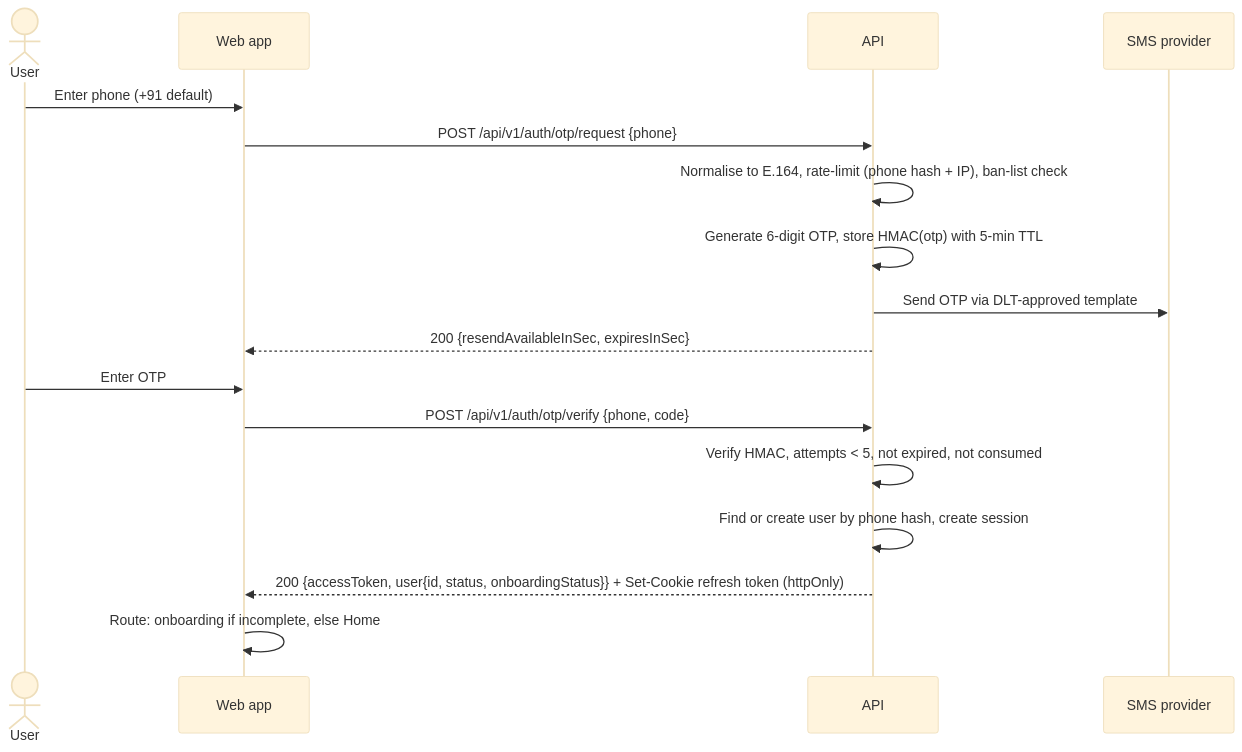
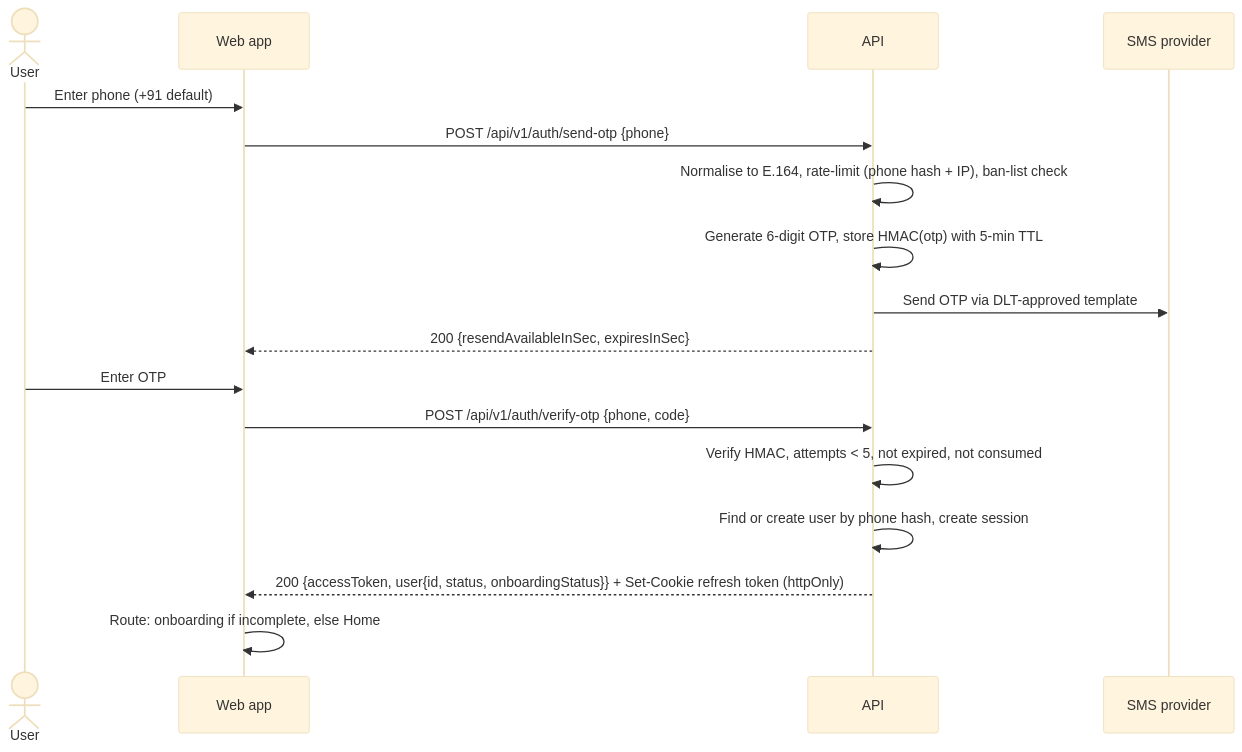
Before and after one commit to raviraja03/garba-partner: the second of 5 diagrams in docs/product/user-flows.md, drawn with Mermaid (base theme). The commit also changed other lines of this file and 110 other files, not shown here.

````diff
--- a/docs/product/user-flows.md
+++ b/docs/product/user-flows.md
@@ -56,19 +56,19 @@
 ```mermaid
 sequenceDiagram
     actor U as User
     participant W as Web app
     participant A as API
     participant S as SMS provider
     U->>W: Enter phone (+91 default)
-    W->>A: POST /api/v1/auth/otp/request {phone}
+    W->>A: POST /api/v1/auth/send-otp {phone}
     A->>A: Normalise to E.164, rate-limit (phone hash + IP), ban-list check
     A->>A: Generate 6-digit OTP, store HMAC(otp) with 5-min TTL
     A->>S: Send OTP via DLT-approved template
     A-->>W: 200 {resendAvailableInSec, expiresInSec}
     U->>W: Enter OTP
-    W->>A: POST /api/v1/auth/otp/verify {phone, code}
+    W->>A: POST /api/v1/auth/verify-otp {phone, code}
     A->>A: Verify HMAC, attempts < 5, not expired, not consumed
     A->>A: Find or create user by phone hash, create session
     A-->>W: 200 {accessToken, user{id, status, onboardingStatus}} + Set-Cookie refresh token (httpOnly)
     W->>W: Route: onboarding if incomplete, else Home
 ```
````
